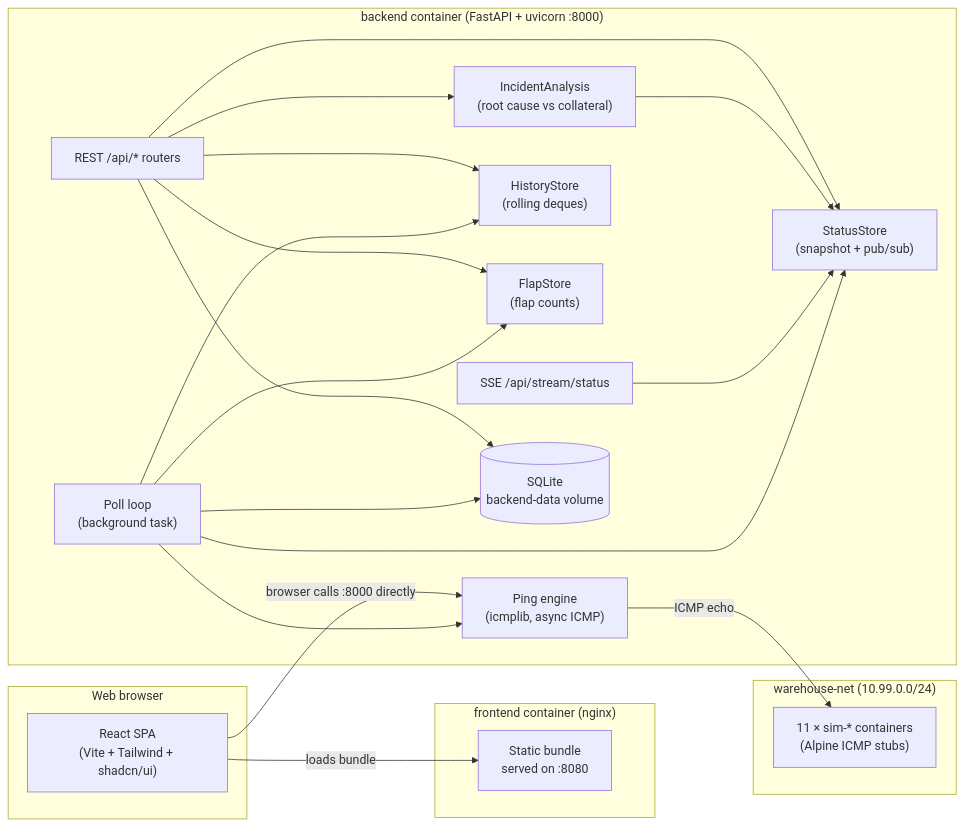
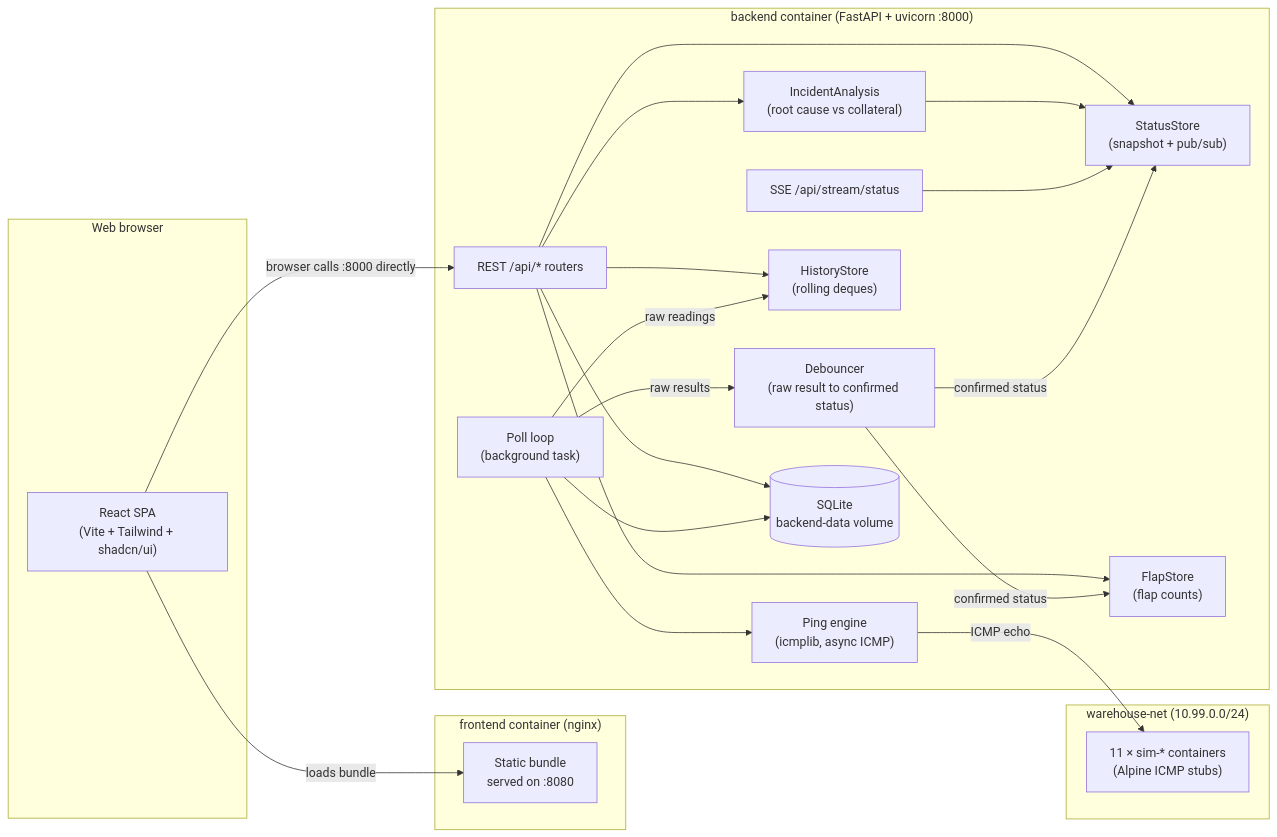
One commit to dumbL4d/network-analyser changed the first of 7 diagrams in README.md. Above: the diagram before and after it, drawn with Mermaid. The commit also changed other lines of this file and 27 other files, not shown here.

````diff
--- a/README.md
+++ b/README.md
@@ -35,43 +38,45 @@
 ```mermaid
 flowchart LR
     subgraph Browser["Web browser"]
         UI["React SPA<br/>(Vite + Tailwind + shadcn/ui)"]
     end
 
     subgraph FrontendContainer["frontend container (nginx)"]
         STATIC["Static bundle<br/>served on :8080"]
     end
 
     subgraph BackendContainer["backend container (FastAPI + uvicorn :8000)"]
         API["REST /api/* routers"]
         SSE["SSE /api/stream/status"]
         POLL["Poll loop<br/>(background task)"]
         PING["Ping engine<br/>(icmplib, async ICMP)"]
+        DEB["Debouncer<br/>(raw result to confirmed status)"]
         ST["StatusStore<br/>(snapshot + pub/sub)"]
         HS["HistoryStore<br/>(rolling deques)"]
         FS["FlapStore<br/>(flap counts)"]
         IA["IncidentAnalysis<br/>(root cause vs collateral)"]
         DB[("SQLite<br/>backend-data volume")]
     end
 
     subgraph SimNet["warehouse-net (10.99.0.0/24)"]
         SIM["11 × sim-* containers<br/>(Alpine ICMP stubs)"]
     end
 
-    UI -- "browser calls :8000 directly" --> PING
+    UI -- "browser calls :8000 directly" --> API
     API --> DB
     API --> ST
     API --> HS
     API --> FS
     API --> IA
     IA --> ST
     SSE --> ST
     POLL --> DB
     POLL --> PING
     PING -- "ICMP echo" --> SIM
-    POLL --> ST
-    POLL --> HS
-    POLL --> FS
+    POLL -- "raw results" --> DEB
+    DEB -- "confirmed status" --> ST
+    DEB -- "confirmed status" --> FS
+    POLL -- "raw readings" --> HS
 
     UI -- "loads bundle" --> STATIC
 ```
````
